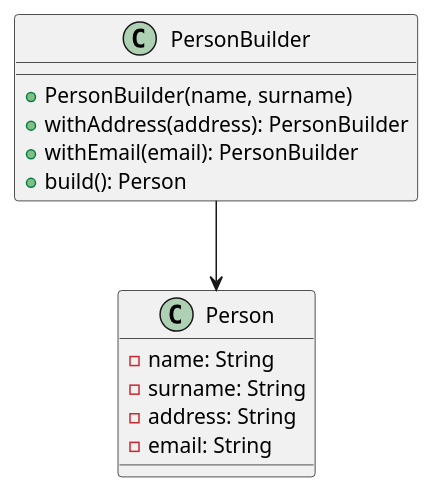
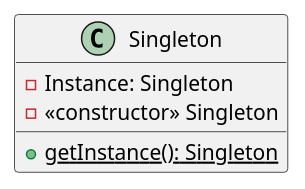
The diagram in cp-samples/src/cp/samples/builder/_builder-diagram.iuml (paguerre3/creational-patterns), drawn with PlantUML before and after one commit.

Commit message:
singleton fix

```diff
--- a/cp-samples/src/cp/samples/builder/_builder-diagram.iuml
+++ b/cp-samples/src/cp/samples/builder/_builder-diagram.iuml
@@ -1,17 +1,7 @@
 @startuml
-static class PersonBuilder {
-    +PersonBuilder(name, surname)
-    +withAddress(address): PersonBuilder
-    +withEmail(email): PersonBuilder
-    +build(): Person
+class Singleton {
+ -Instance: Singleton
+ -<<constructor>> Singleton
+ +{static} getInstance(): Singleton
 }
-
-class Person {
-    -name: String
-    -surname: String
-    -address: String
-    -email: String
-}
-
-PersonBuilder --> Person
 @enduml
```
